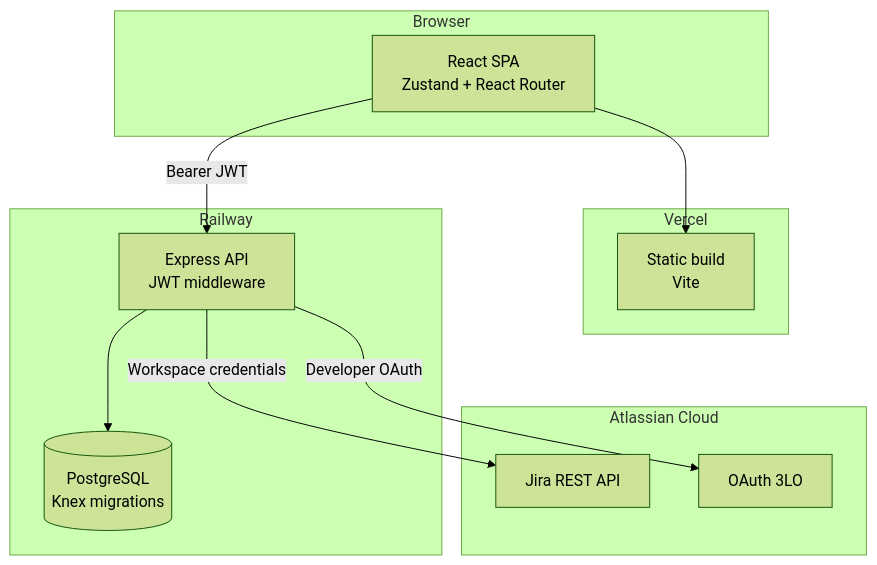
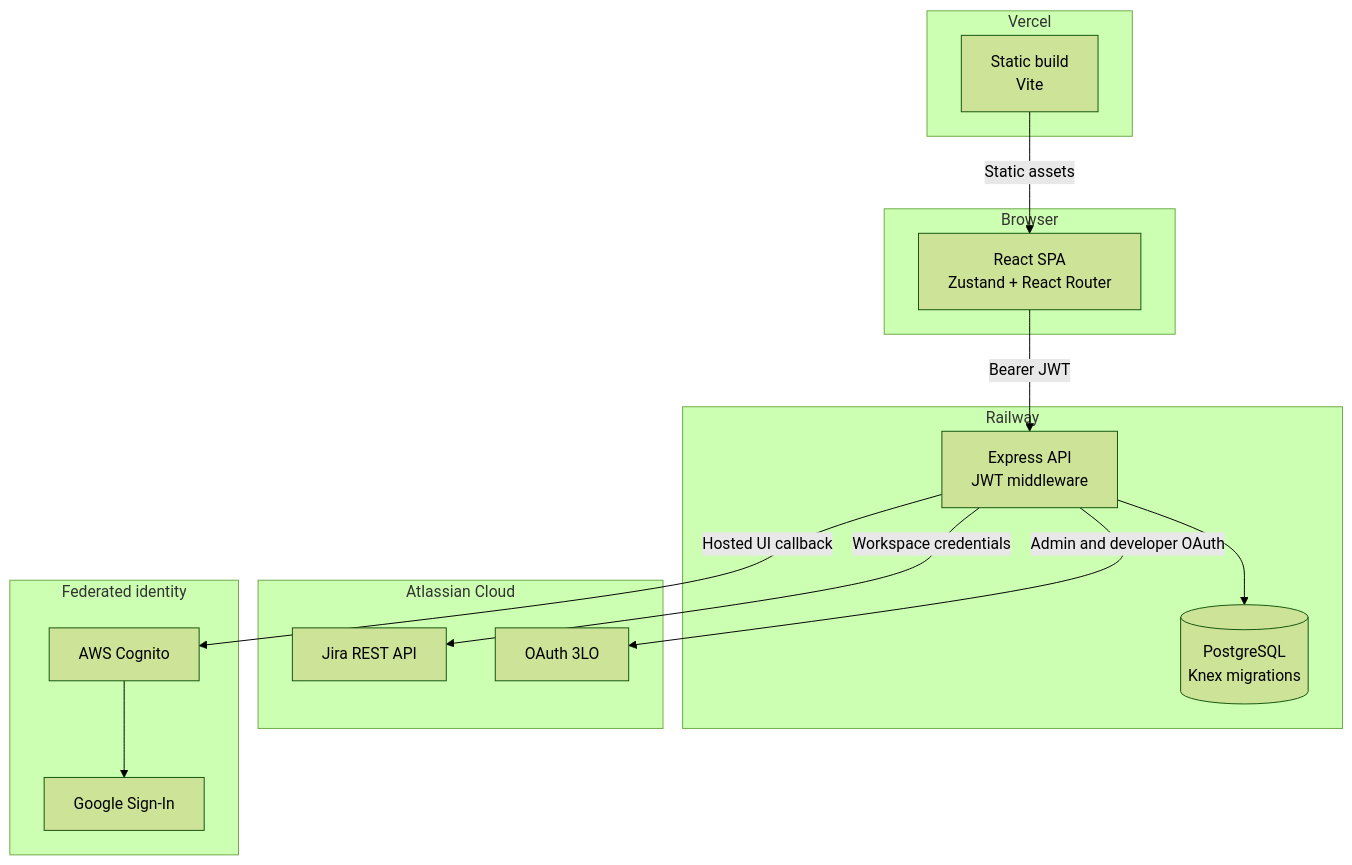
One commit to Jordan1881/Questly changed the diagram in README.md. Above: the diagram before and after it, drawn with Mermaid (forest theme). The commit also changed other lines of this file, not shown here.

````diff
--- a/README.md
+++ b/README.md
@@ -116,26 +117,33 @@
 ```mermaid
 flowchart TB
   subgraph client [Browser]
     UI[React SPA<br/>Zustand + React Router]
   end
 
   subgraph vercel [Vercel]
     FE[Static build<br/>Vite]
   end
 
   subgraph railway [Railway]
     API[Express API<br/>JWT middleware]
     DB[(PostgreSQL<br/>Knex migrations)]
   end
 
   subgraph atlassian [Atlassian Cloud]
     Jira[Jira REST API]
     OAuth[OAuth 3LO]
   end
 
-  UI --> FE
+  subgraph identity [Federated identity]
+    Cognito[AWS Cognito]
+    Google[Google Sign-In]
+  end
+
+  FE -->|Static assets| UI
   UI -->|Bearer JWT| API
   API --> DB
   API -->|Workspace credentials| Jira
-  API -->|Developer OAuth| OAuth
+  API -->|Admin and developer OAuth| OAuth
+  API -->|Hosted UI callback| Cognito
+  Cognito --> Google
 ```
````
